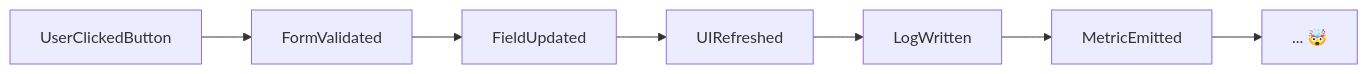
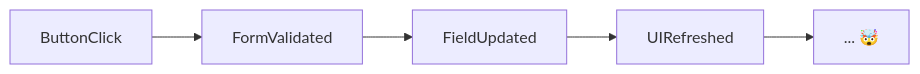
One commit to calmrocks/system-design-dive-deep changed diagram 12 of 16 in Sessions/Event-Driven Architecture/Slides.md. Above: the diagram before and after it, drawn with Mermaid. The commit also changed other lines of this file and 2 other files, not shown here.

```diff
--- a/Sessions/Event-Driven Architecture/Slides.md
+++ b/Sessions/Event-Driven Architecture/Slides.md
@@ -720,9 +423,4 @@
 ~~~mermaid
 flowchart LR
-    A[UserClickedButton] --> B[FormValidated]
-    B --> C[FieldUpdated]
-    C --> D[UIRefreshed]
-    D --> E[LogWritten]
-    E --> F[MetricEmitted]
-    F --> G["... 🤯"]
+    A[ButtonClick] --> B[FormValidated] --> C[FieldUpdated] --> D[UIRefreshed] --> E["... 🤯"]
 ~~~
```
